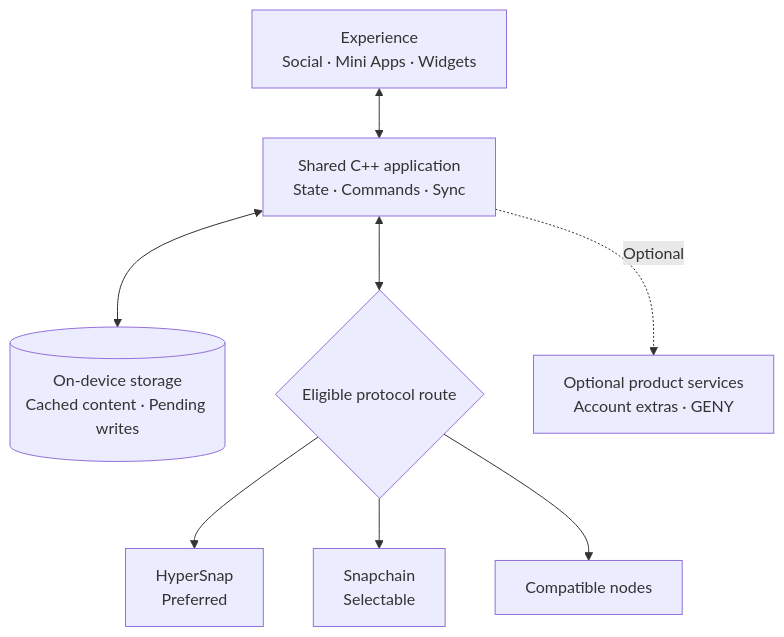
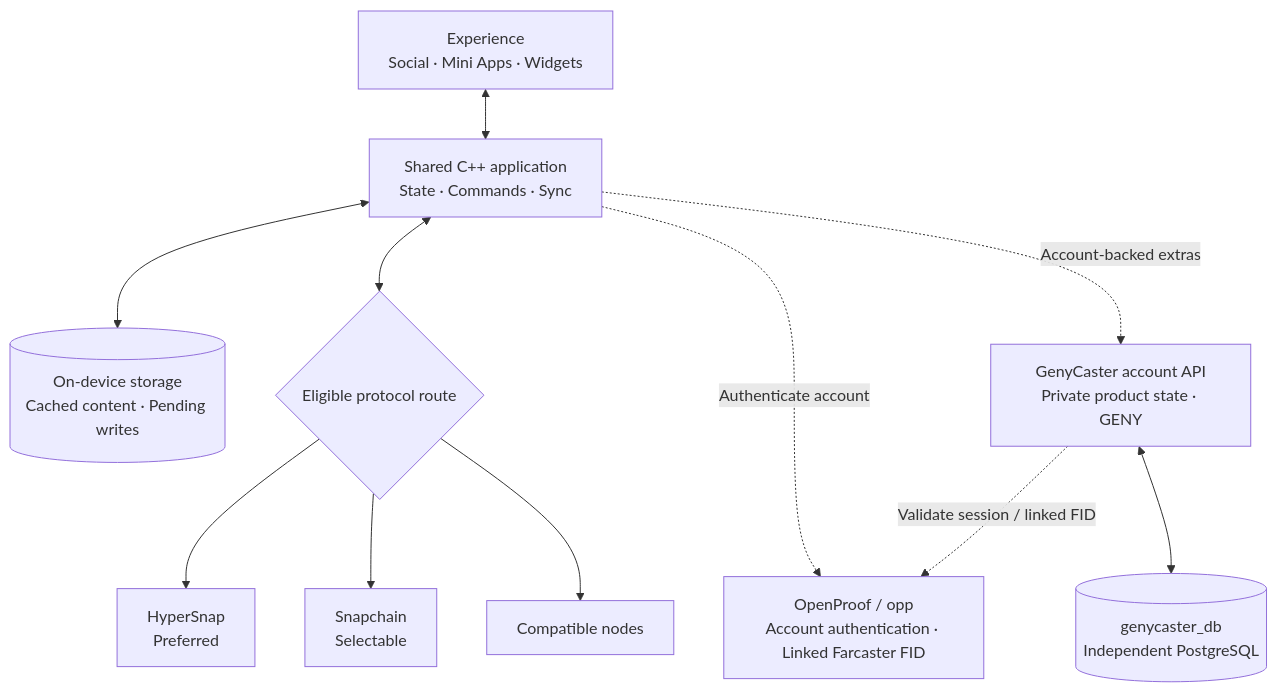
The first of 5 diagrams in docs/ARCHITECTURE.md (genyleap/genycaster), drawn with Mermaid before and after one commit. The commit also changed other lines of this file and 56 other files, not shown here.

Commit message:
refactor(packaging): separate platform properties and document OpenProof services

````diff
--- a/docs/ARCHITECTURE.md
+++ b/docs/ARCHITECTURE.md
@@ -9,19 +9,24 @@
 ```mermaid
 flowchart TB
     UI["Experience<br/>Social · Mini Apps · Widgets"]
     CORE["Shared C++ application<br/>State · Commands · Sync"]
     STORE[("On-device storage<br/>Cached content · Pending writes")]
     ROUTER{"Eligible protocol route"}
     H["HyperSnap<br/>Preferred"]
     S["Snapchain<br/>Selectable"]
     O["Compatible nodes"]
-    PRODUCT["Optional product services<br/>Account extras · GENY"]
+    IDENTITY["OpenProof / opp<br/>Account authentication · Linked Farcaster FID"]
+    PRODUCT["GenyCaster account API<br/>Private product state · GENY"]
+    PG[("genycaster_db<br/>Independent PostgreSQL")]
 
     UI <--> CORE
     CORE <--> STORE
     CORE <--> ROUTER
     ROUTER --> H
     ROUTER --> S
     ROUTER --> O
-    CORE -. "Optional" .-> PRODUCT
+    CORE -. "Authenticate account" .-> IDENTITY
+    CORE -. "Account-backed extras" .-> PRODUCT
+    PRODUCT <--> PG
+    PRODUCT -. "Validate session / linked FID" .-> IDENTITY
 ```
````
